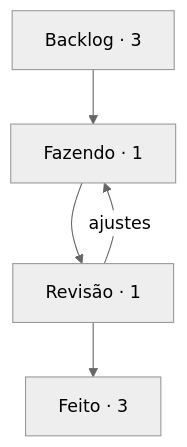
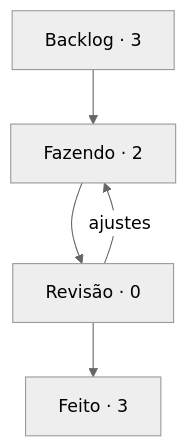
The diagram in BOARD.md (StudioVibi/VibiKanban), drawn with Mermaid (neutral theme) before and after one commit. The commit also changed other lines of this file and 1 other file, not shown here.

Commit message:
board: VK-1 Revisão → Fazendo (@isabellaherman)

````diff
--- a/BOARD.md
+++ b/BOARD.md
@@ -5,10 +5,10 @@
 ```mermaid
 flowchart TD
-  backlog["Backlog · 3"] --> doing["Fazendo · 1"]
-  doing --> review["Revisão · 1"]
+  backlog["Backlog · 3"] --> doing["Fazendo · 2"]
+  doing --> review["Revisão · 0"]
   review --> done["Feito · 3"]
   review -->|ajustes| doing
   doing:::blue
   review:::yellow
   done:::green
 ```
````
